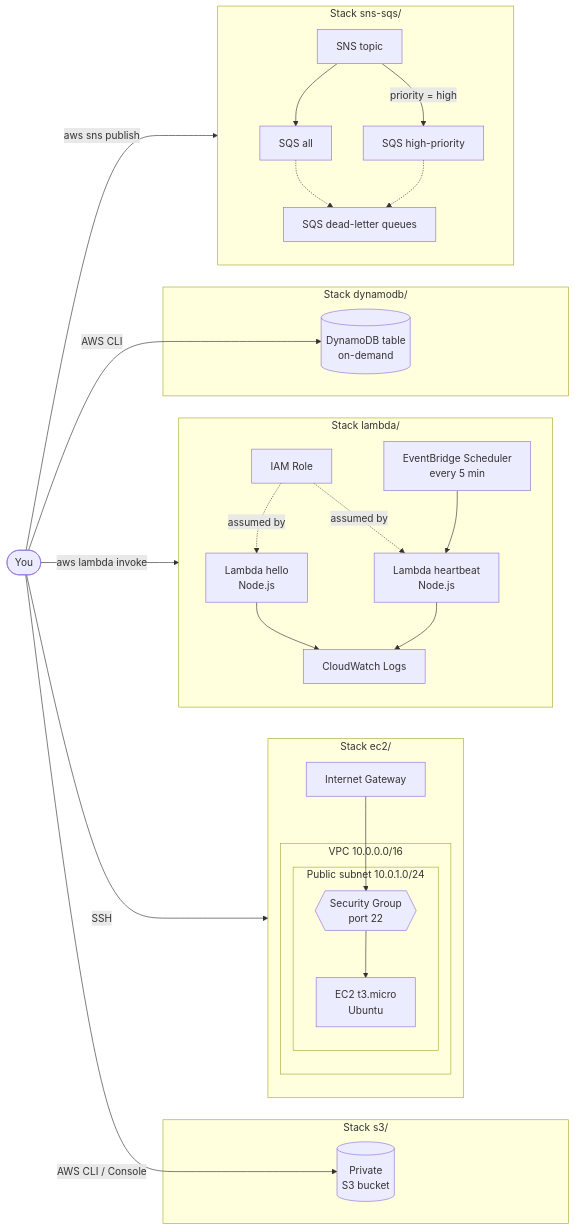
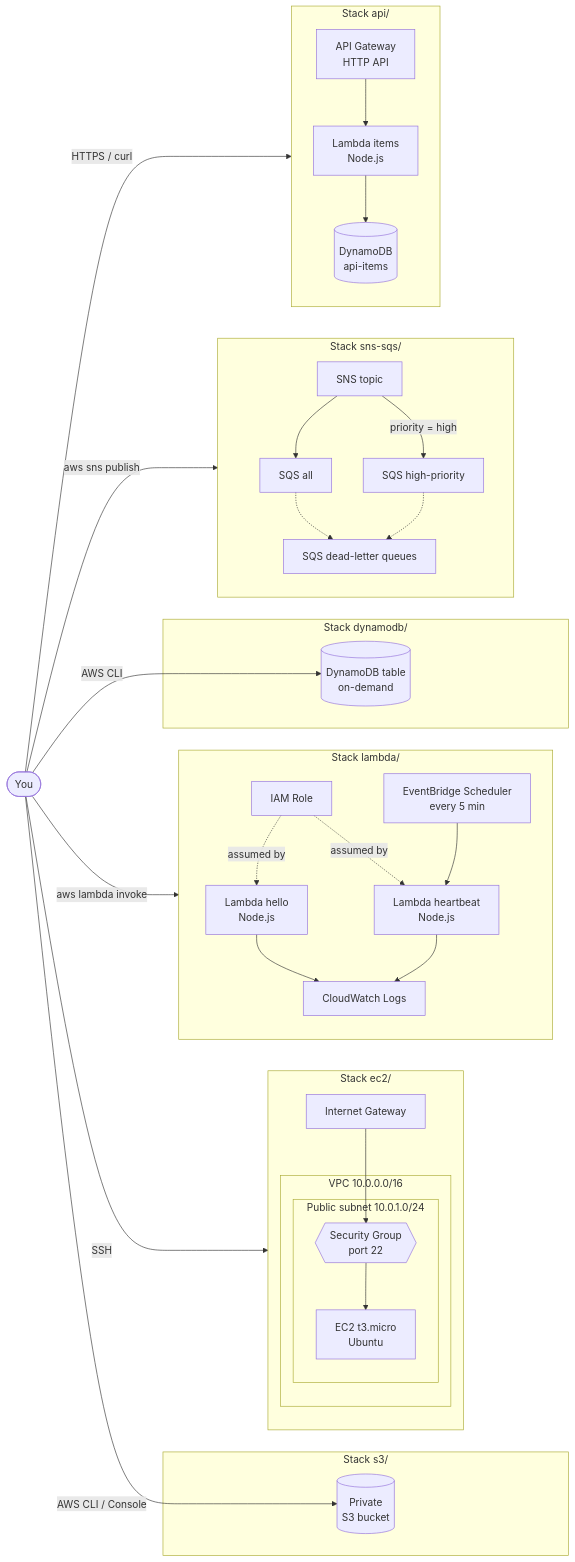
One commit to lubjr/learn-terraform-with-aws changed the diagram in README.md. Above: the diagram before and after it, drawn with Mermaid. The commit also changed other lines of this file and 15 other files, not shown here.

Commit message:
feat: add api gateway stack with lambda crud and dynamodb

````diff
--- a/README.md
+++ b/README.md
@@ -24,56 +25,65 @@
 ```mermaid
 flowchart LR
     user([You])
 
     subgraph ec2stack["Stack ec2/"]
         direction TB
         igw[Internet Gateway]
         subgraph vpc["VPC 10.0.0.0/16"]
             subgraph subnet["Public subnet 10.0.1.0/24"]
                 sg{{Security Group<br/>port 22}}
                 ec2[EC2 t3.micro<br/>Ubuntu]
             end
         end
         igw --> sg --> ec2
     end
 
     subgraph s3stack["Stack s3/"]
         bucket[(Private<br/>S3 bucket)]
     end
 
     subgraph lambdastack["Stack lambda/"]
         direction TB
         hello[Lambda hello<br/>Node.js]
         heartbeat[Lambda heartbeat<br/>Node.js]
         scheduler[EventBridge Scheduler<br/>every 5 min]
         role[IAM Role]
         logs[CloudWatch Logs]
         role -. assumed by .-> hello
         role -. assumed by .-> heartbeat
         scheduler --> heartbeat
         hello --> logs
         heartbeat --> logs
     end
 
     subgraph dynamodbstack["Stack dynamodb/"]
         table[(DynamoDB table<br/>on-demand)]
     end
 
     subgraph snssqsstack["Stack sns-sqs/"]
         direction TB
         topic[SNS topic]
         qall[SQS all]
         qhigh[SQS high-priority]
         dlq[SQS dead-letter queues]
         topic --> qall
         topic -- priority = high --> qhigh
         qall -.-> dlq
         qhigh -.-> dlq
     end
 
+    subgraph apistack["Stack api/"]
+        direction TB
+        httpapi[API Gateway<br/>HTTP API]
+        itemsfn[Lambda items<br/>Node.js]
+        itemstable[(DynamoDB<br/>api-items)]
+        httpapi --> itemsfn --> itemstable
+    end
+
     user -- SSH --> igw
     user -- AWS CLI / Console --> bucket
     user -- aws lambda invoke --> hello
     user -- AWS CLI --> table
     user -- aws sns publish --> topic
+    user -- HTTPS / curl --> httpapi
 ```
````
